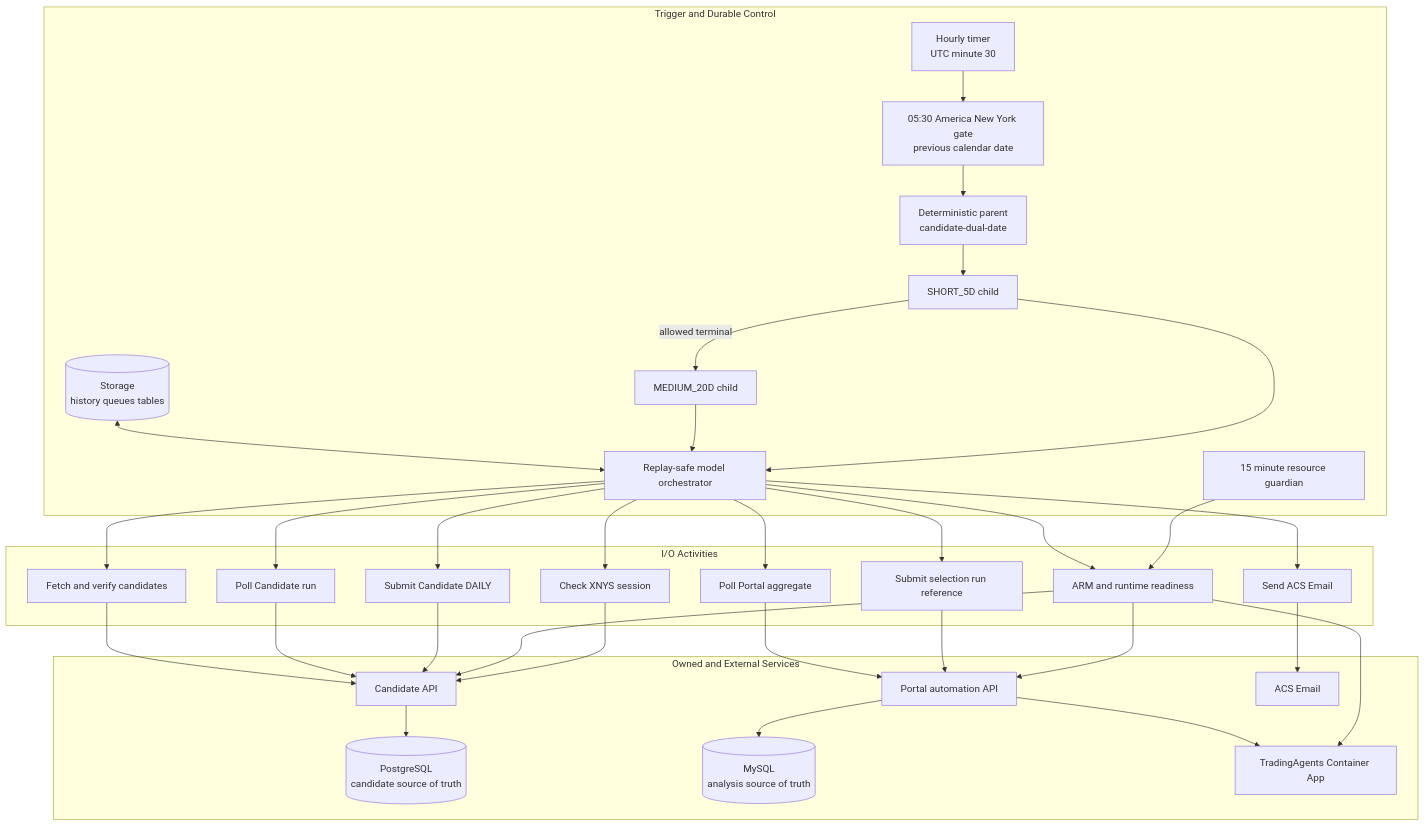
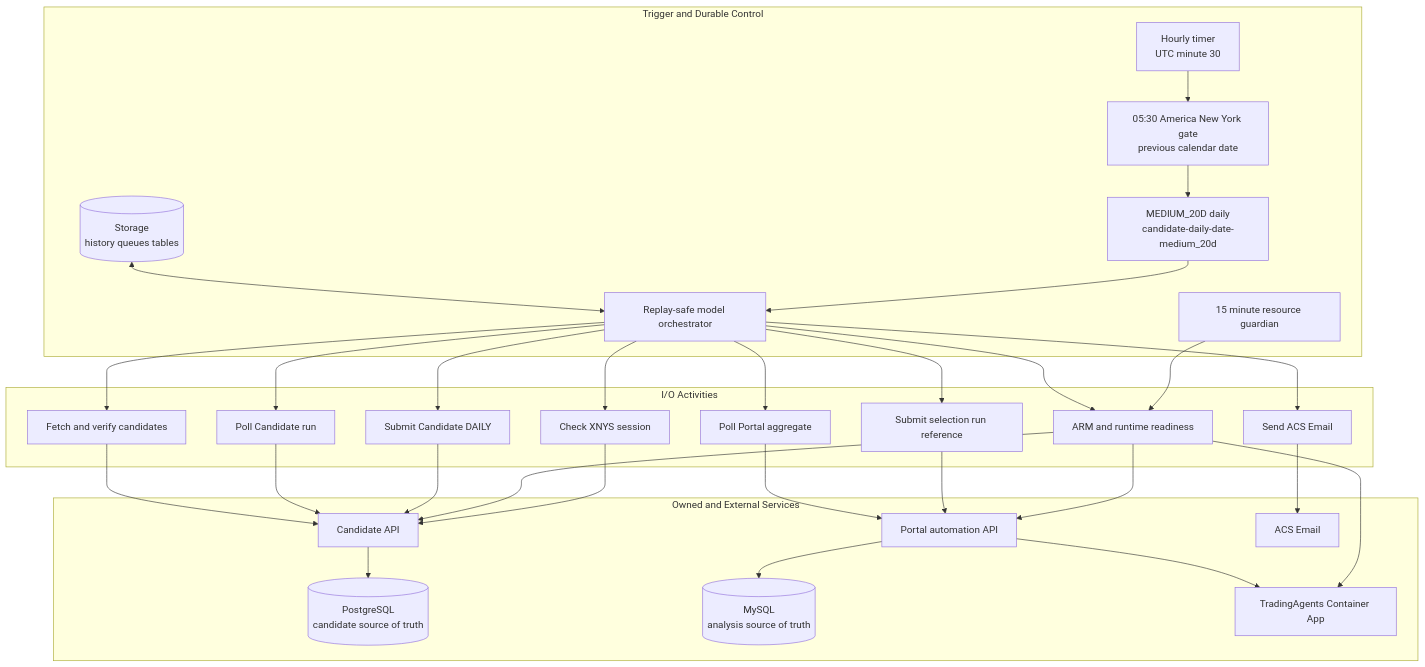
One commit to brjeong-private/sp500-candidate-engine changed the first of 4 diagrams in .github/modernize/assessment/engines/facts/orchestrator-architecture.md. Above: the diagram before and after it, drawn with Mermaid. The commit also changed other lines of this file and 69 other files, not shown here.

````diff
--- a/.github/modernize/assessment/engines/facts/orchestrator-architecture.md
+++ b/.github/modernize/assessment/engines/facts/orchestrator-architecture.md
@@ -33,54 +33,50 @@
 ```mermaid
 flowchart TB
     subgraph Trigger["Trigger and Durable Control"]
         Timer["Hourly timer<br/>UTC minute 30"]
         Guardian["15 minute resource guardian"]
         Gate["05:30 America New York gate<br/>previous calendar date"]
-        Parent["Deterministic parent<br/>candidate-dual-date"]
-        Short["SHORT_5D child"]
-        Medium["MEDIUM_20D child"]
+        Medium["MEDIUM_20D daily<br/>candidate-daily-date-medium_20d"]
         Workflow["Replay-safe model orchestrator"]
         DurableState[("Storage<br/>history queues tables")]
     end
 
     subgraph Activities["I/O Activities"]
         Session["Check XNYS session"]
         Ready["ARM and runtime readiness"]
         SubmitCandidate["Submit Candidate DAILY"]
         PollCandidate["Poll Candidate run"]
         Verify["Fetch and verify candidates"]
         SubmitPortal["Submit selection run reference"]
         PollPortal["Poll Portal aggregate"]
         Notify["Send ACS Email"]
     end
 
     subgraph Services["Owned and External Services"]
         Candidate["Candidate API"]
         CandidateDb[("PostgreSQL<br/>candidate source of truth")]
         Portal["Portal automation API"]
         PortalDb[("MySQL<br/>analysis source of truth")]
         Trading["TradingAgents Container App"]
         Email["ACS Email"]
     end
 
-    Timer --> Gate --> Parent --> Short
-    Short -->|"allowed terminal"| Medium
+    Timer --> Gate --> Medium
     Guardian --> Ready
-    Short --> Workflow
     Medium --> Workflow
     DurableState <--> Workflow
     Workflow --> Session --> Candidate
     Workflow --> Ready
     Ready --> Candidate
     Ready --> Portal
     Ready --> Trading
     Workflow --> SubmitCandidate --> Candidate
     Workflow --> PollCandidate --> Candidate
     Candidate --> CandidateDb
     Workflow --> Verify --> Candidate
     Workflow --> SubmitPortal --> Portal
     Workflow --> PollPortal --> Portal
     Portal --> PortalDb
     Portal --> Trading
     Workflow --> Notify --> Email
 ```
````
